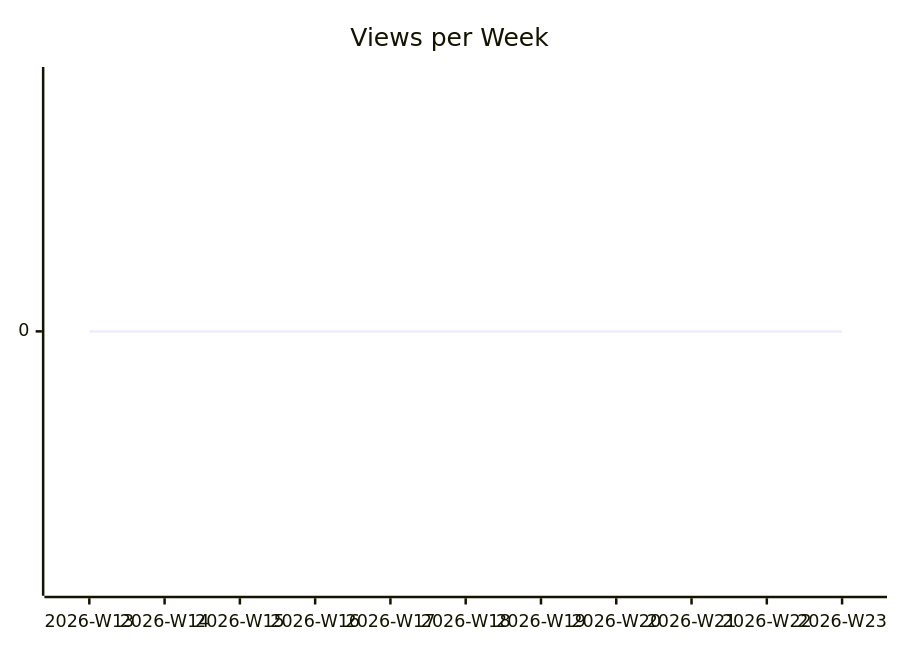
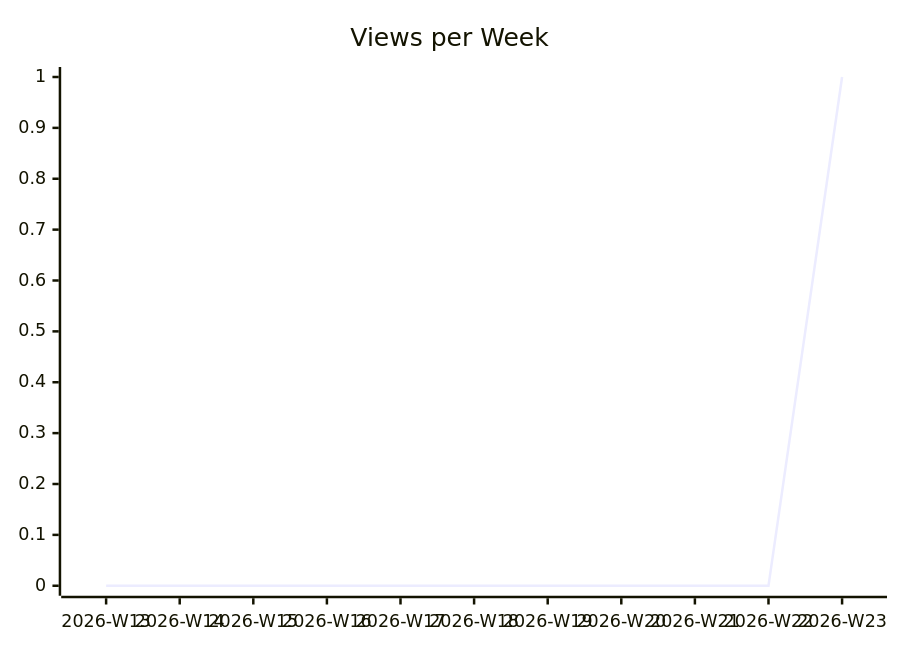
The second of 3 diagrams in karlmdavis/m2e-core/README.md (justdavis-family/github-analytics-data), drawn with Mermaid before and after one commit. The commit also changed other lines of this file and 184 other files, not shown here.

````diff
--- a/karlmdavis/m2e-core/README.md
+++ b/karlmdavis/m2e-core/README.md
@@ -12,6 +12,6 @@
 ```mermaid
 xychart-beta
   title "Views per Week"
   x-axis ["2026-W13", "2026-W14", "2026-W15", "2026-W16", "2026-W17", "2026-W18", "2026-W19", "2026-W20", "2026-W21", "2026-W22", "2026-W23"]
-  line [0, 0, 0, 0, 0, 0, 0, 0, 0, 0, 0]
+  line [0, 0, 0, 0, 0, 0, 0, 0, 0, 0, 1]
 ```
````
